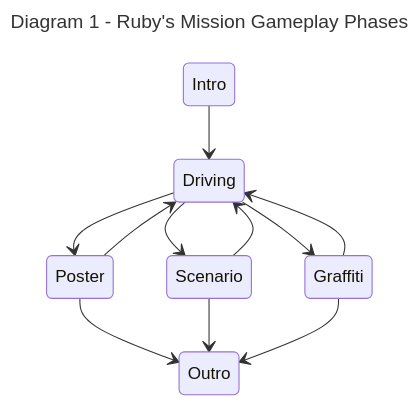
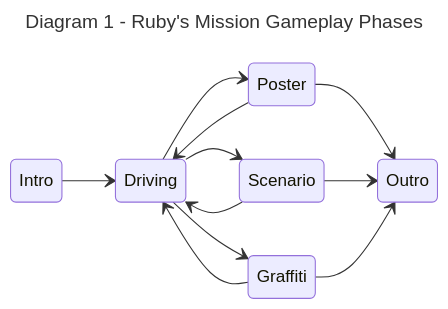
Before and after one commit to Dionysi/AnnotationTool-Release: the tenth of 11 diagrams in Annotation-rules-refactor.md, drawn with Mermaid. The commit also changed other lines of this file, not shown here.

````diff
--- a/Annotation-rules-refactor.md
+++ b/Annotation-rules-refactor.md
@@ -212,17 +212,18 @@
 ```mermaid
 ---
 title: Diagram 1 - Ruby's Mission Gameplay Phases
 ---
 stateDiagram-v2
+direction LR
     Intro --> Driving
 
     Driving --> Poster
     Driving --> Scenario
     Driving --> Graffiti
     Poster --> Driving
     Scenario --> Driving
     Graffiti --> Driving
     Poster --> Outro
     Scenario --> Outro
     Graffiti --> Outro
 ```
````
